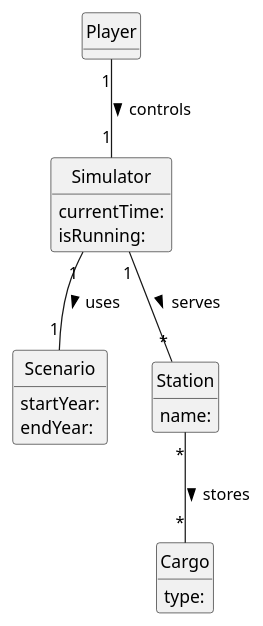
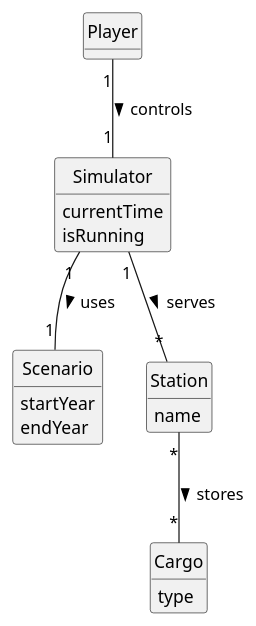
Before and after one commit to bruno-monteiro5/sem2-pi-24.25-g132-repo: the diagram in docs/system-documentation/US012/02.analysis/puml/US012-DM.puml, drawn with PlantUML. The commit also changed 1 other file, not shown here.

```diff
--- a/docs/system-documentation/US012/02.analysis/puml/US012-DM.puml
+++ b/docs/system-documentation/US012/02.analysis/puml/US012-DM.puml
@@ -1,35 +1,35 @@
 @startuml
 skinparam monochrome true
 hide circle
 hide methods
 
 class Player {
 }
 
 class Simulator {
-  currentTime:
-  isRunning:
+  currentTime
+  isRunning
   + start()
   + pause()
   + generateCargo()
 }
 
 class Scenario {
-  startYear:
-  endYear:
+  startYear
+  endYear
 }
 
 class Station {
-  name:
+  name
   + receiveCargo(c: Cargo)
 }
 
 class Cargo {
-  type:
+  type
 }
 
 Player "1" -- "1" Simulator : controls >
 Simulator "1" -- "1" Scenario : uses >
 Simulator "1" -- "*" Station : serves >
 Station "*" -- "*" Cargo : stores >
 @enduml
```
